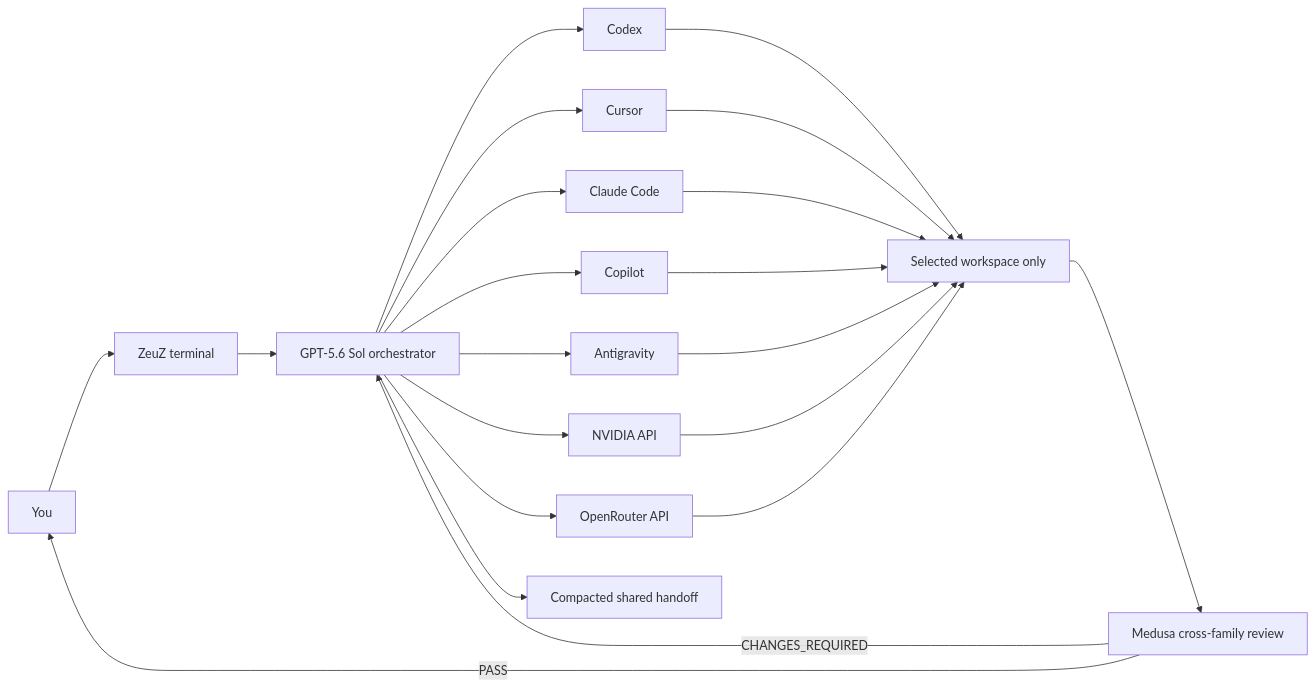
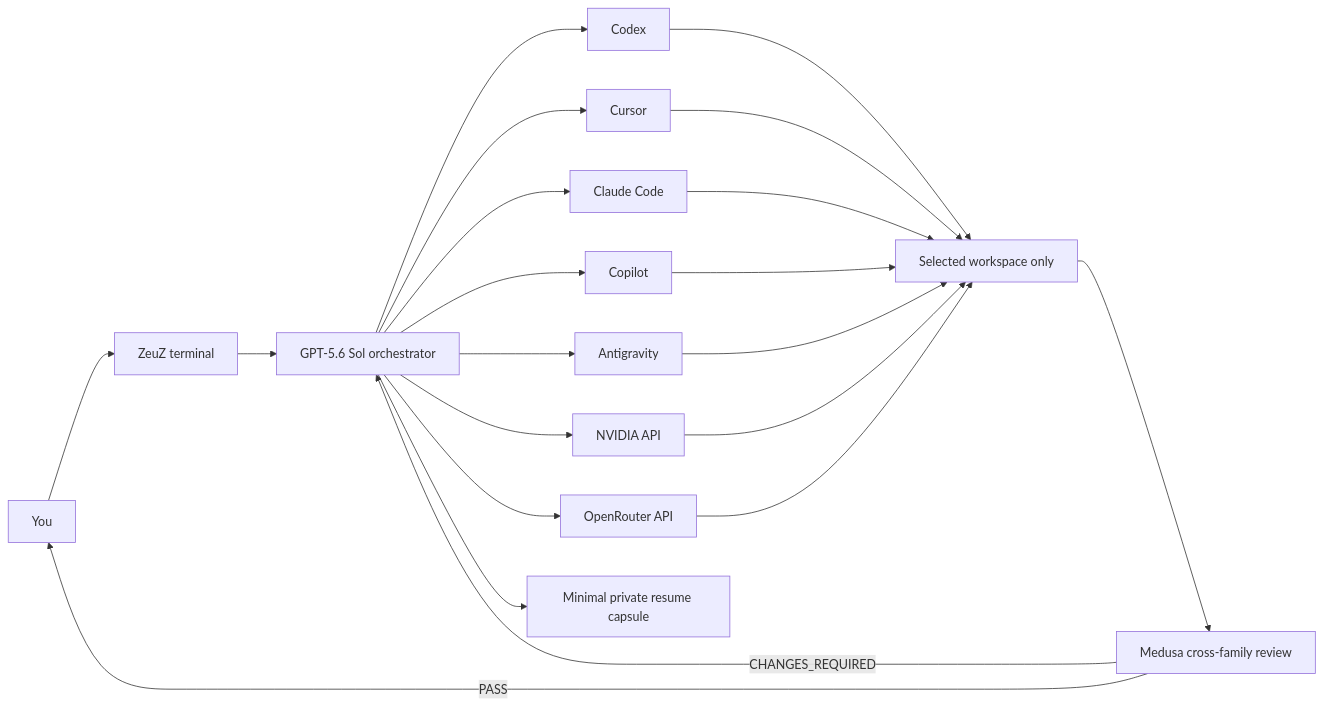
The diagram in README.md (matheussluzz/ZeuZ-Agent), drawn with Mermaid before and after one commit. The commit also changed other lines of this file and 10 other files, not shown here.

Commit message:
feat(wave06): add public progress ledger and minimal handoff

````diff
--- a/README.md
+++ b/README.md
@@ -37,17 +37,17 @@
 ```mermaid
 flowchart LR
     U["You"] --> Z["ZeuZ terminal"]
     Z --> O["GPT-5.6 Sol orchestrator"]
     O --> C["Codex"]
     O --> R["Cursor"]
     O --> L["Claude Code"]
     O --> P["Copilot"]
     O --> A["Antigravity"]
     O --> N["NVIDIA API"]
     O --> OR["OpenRouter API"]
-    O --> H["Compacted shared handoff"]
+    O --> H["Minimal private resume capsule"]
     C & R & L & P & A & N & OR --> W["Selected workspace only"]
     W --> M["Medusa cross-family review"]
     M -->|"PASS"| U
     M -->|"CHANGES_REQUIRED"| O
 ```
````
